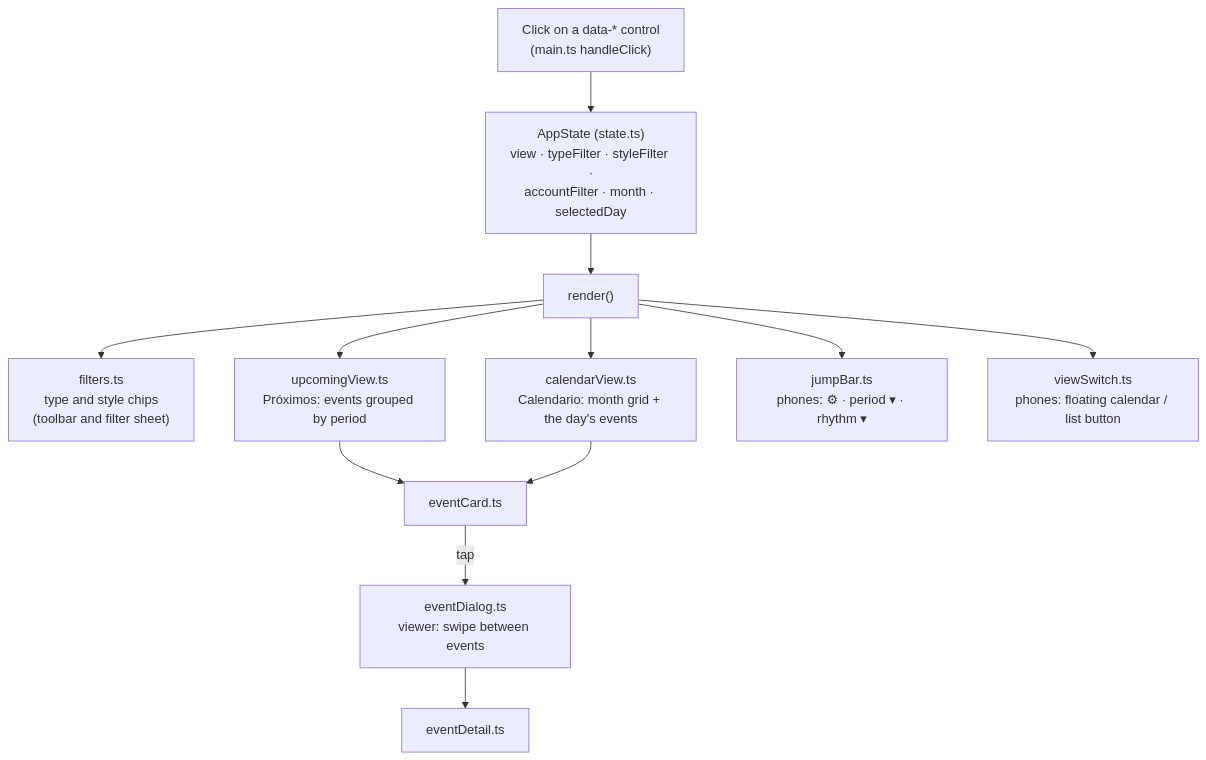
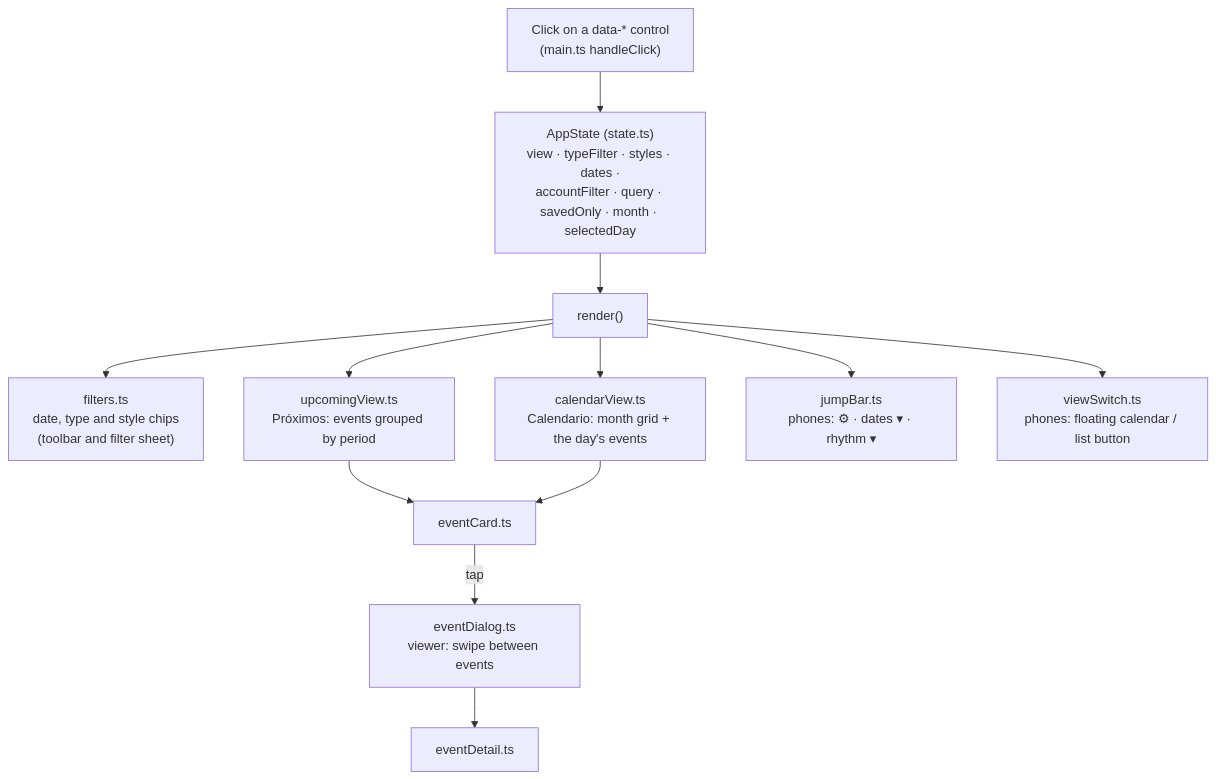
The sixth of 7 diagrams in docs/ARCHITECTURE.md (pa-bailar/pa-bailar.github.io), drawn with Mermaid before and after one commit. The commit also changed other lines of this file and 17 other files, not shown here.

First line of the commit message:
feat(filters): select several rhythms and dates, and "Mañana" (#67)

````diff
--- a/docs/ARCHITECTURE.md
+++ b/docs/ARCHITECTURE.md
@@ -288,15 +288,15 @@
 ```mermaid
 flowchart TD
-    ST["AppState (state.ts)<br/>view · typeFilter · styleFilter ·<br/>accountFilter · month · selectedDay"]
+    ST["AppState (state.ts)<br/>view · typeFilter · styles · dates ·<br/>accountFilter · query · savedOnly · month · selectedDay"]
     CLICK["Click on a data-* control<br/>(main.ts handleClick)"] --> ST
     ST --> R["render()"]
-    R --> F["filters.ts<br/>type and style chips<br/>(toolbar and filter sheet)"]
+    R --> F["filters.ts<br/>date, type and style chips<br/>(toolbar and filter sheet)"]
     R --> U["upcomingView.ts<br/>Próximos: events grouped by period"]
     R --> C["calendarView.ts<br/>Calendario: month grid + the day's events"]
-    R --> J["jumpBar.ts<br/>phones: ⚙ · period ▾ · rhythm ▾"]
+    R --> J["jumpBar.ts<br/>phones: ⚙ · dates ▾ · rhythm ▾"]
     R --> VS["viewSwitch.ts<br/>phones: floating calendar / list button"]
     U --> CARD["eventCard.ts"]
     C --> CARD
     CARD -- "tap" --> DLG["eventDialog.ts<br/>viewer: swipe between events"]
     DLG --> DET["eventDetail.ts"]
 ```
````
